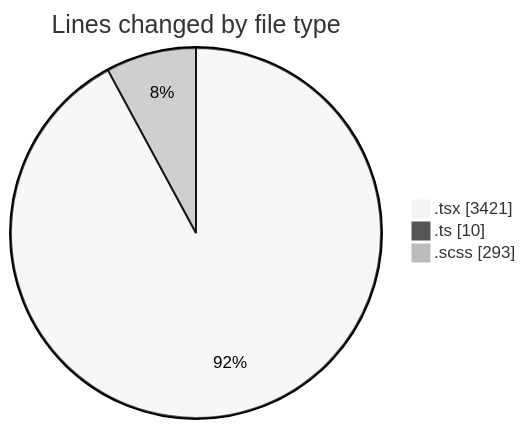
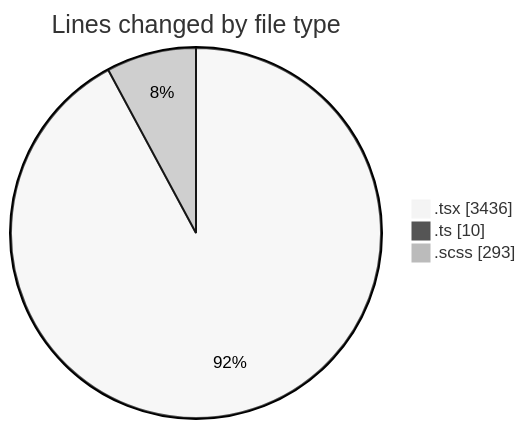
Before and after one commit to momahboobian/code-tracking: the first of 2 diagrams in 2025-11-17/cda/README.md, drawn with Mermaid (neutral theme). The commit also changed other lines of this file and 1 other file, not shown here.

````diff
--- a/2025-11-17/cda/README.md
+++ b/2025-11-17/cda/README.md
@@ -27,7 +27,7 @@
 ```mermaid
 pie showData
 title Lines changed by file type
-".tsx" : 3421
+".tsx" : 3436
 ".ts" : 10
 ".scss" : 293
 ```
````
